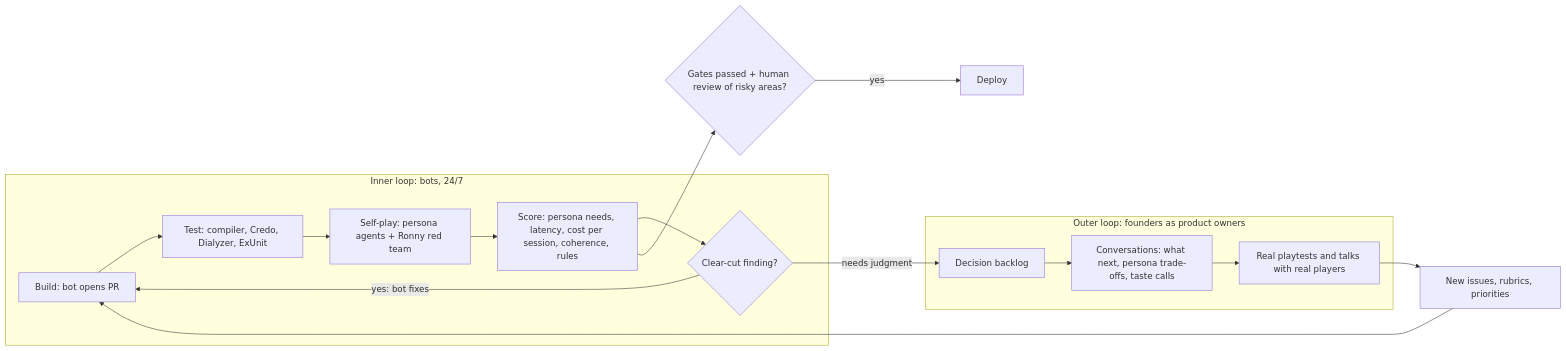
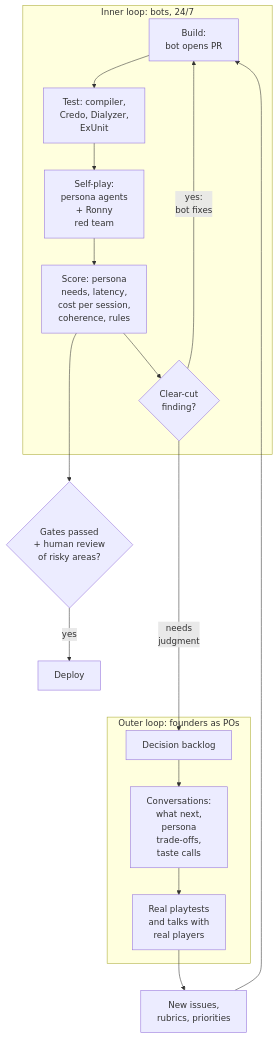
One commit to fpahlen/ex-tales-forge changed the diagram in docs/roadmap-2027.md. Above: the diagram before and after it, drawn with Mermaid.

Commit message:
Roadmap: top-to-bottom loops flowchart for phones
The two-loops diagram was `flowchart LR` and rendered ~2100px wide
(mermaid-cli 12), unreadable on a phone. Redraw it as `flowchart TD`
with the inner and outer loop subgraphs stacked vertically and labels
broken onto short lines. Same 11 nodes, 12 edges, 2 subgraphs and edge
labels; no styling existed. Only wording change: the outer subgraph
title "founders as product owners" -> "founders as POs".

Longer edges (S ---> G, F ----> Q) keep the Gates/Deploy branch under
the inner loop in mermaid 11 (GitHub) instead of beside it; mermaid 12
ignores the extra length.

Natural width now ~438px (mermaid-cli 12, was 2099px) and ~478px in
mermaid 11 (was 2850px).

````diff
--- a/docs/roadmap-2027.md
+++ b/docs/roadmap-2027.md
@@ -35,19 +35,19 @@
 ```mermaid
-flowchart LR
+flowchart TD
   subgraph INNER["Inner loop: bots, 24/7"]
-    B["Build: bot opens PR"] --> T["Test: compiler, Credo, Dialyzer, ExUnit"]
-    T --> P["Self-play: persona agents + Ronny red team"]
-    P --> S["Score: persona needs, latency, cost per session, coherence, rules"]
-    S --> F{"Clear-cut finding?"}
-    F -- "yes: bot fixes" --> B
+    B["Build:<br/>bot opens PR"] --> T["Test: compiler,<br/>Credo, Dialyzer,<br/>ExUnit"]
+    T --> P["Self-play:<br/>persona agents<br/>+ Ronny<br/>red team"]
+    P --> S["Score: persona<br/>needs, latency,<br/>cost per session,<br/>coherence, rules"]
+    S --> F{"Clear-cut<br/>finding?"}
+    F -- "yes:<br/>bot fixes" --> B
   end
-  S --> G{"Gates passed + human review of risky areas?"}
+  S ---> G{"Gates passed<br/>+ human review<br/>of risky areas?"}
   G -- "yes" --> DEP["Deploy"]
-  F -- "needs judgment" --> Q["Decision backlog"]
-  subgraph OUTER["Outer loop: founders as product owners"]
-    Q --> C["Conversations: what next, persona trade-offs, taste calls"]
-    C --> H["Real playtests and talks with real players"]
+  F -- "needs<br/>judgment" ----> Q["Decision backlog"]
+  subgraph OUTER["Outer loop: founders as POs"]
+    Q --> C["Conversations:<br/>what next,<br/>persona<br/>trade-offs,<br/>taste calls"]
+    C --> H["Real playtests<br/>and talks with<br/>real players"]
   end
-  H --> N["New issues, rubrics, priorities"]
+  H --> N["New issues,<br/>rubrics, priorities"]
   N --> B
 ```
````
